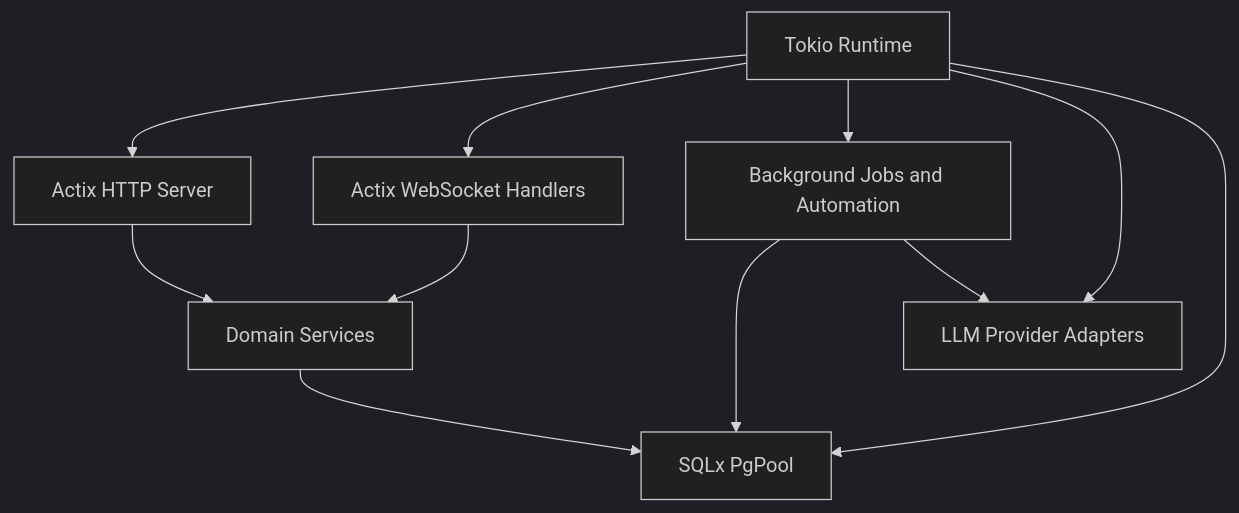
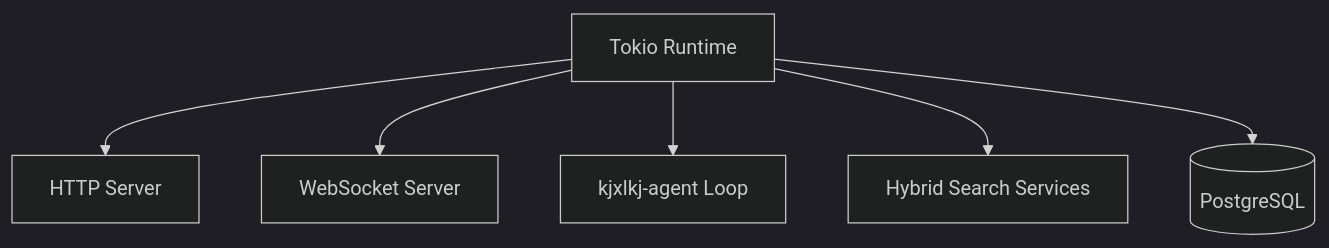
The diagram in docs/spec/architecture/runtime.md (lkjsxc/kjxlkj), drawn with Mermaid (dark theme) before and after one commit. The commit also changed other lines of this file and 66 other files, not shown here.

Commit message:
docs: redesign canonical spec for search, editor, and agent

````diff
--- a/docs/spec/architecture/runtime.md
+++ b/docs/spec/architecture/runtime.md
@@ -7,15 +7,9 @@
 ```mermaid
 graph TD
  RT[Tokio Runtime]
- RT --> HTTP[Actix HTTP Server]
- RT --> WS[Actix WebSocket Handlers]
- RT --> BG[Background Jobs and Automation]
- RT --> LLM[LLM Provider Adapters]
- RT --> DBPOOL[SQLx PgPool]
-
- HTTP --> CORE[Domain Services]
- WS --> CORE
- CORE --> DBPOOL
- BG --> DBPOOL
- BG --> LLM
+ RT --> HTTP[HTTP Server]
+ RT --> WS[WebSocket Server]
+ RT --> AGENT[kjxlkj-agent Loop]
+ RT --> SEARCH[Hybrid Search Services]
+ RT --> DB[(PostgreSQL)]
 ```
````
